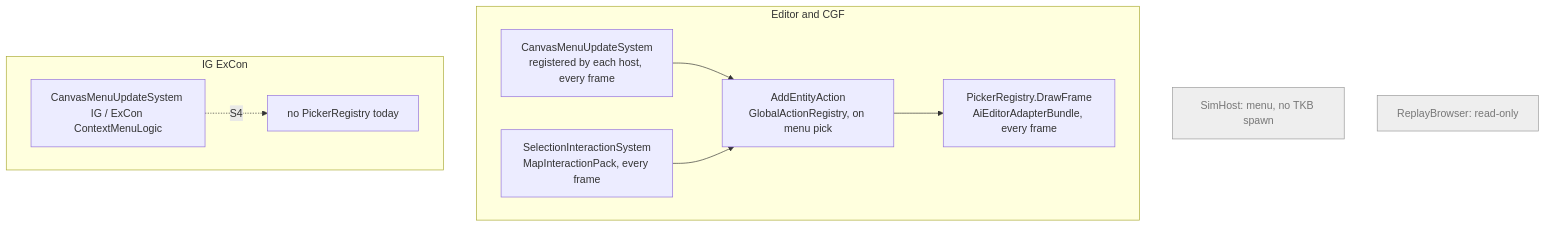
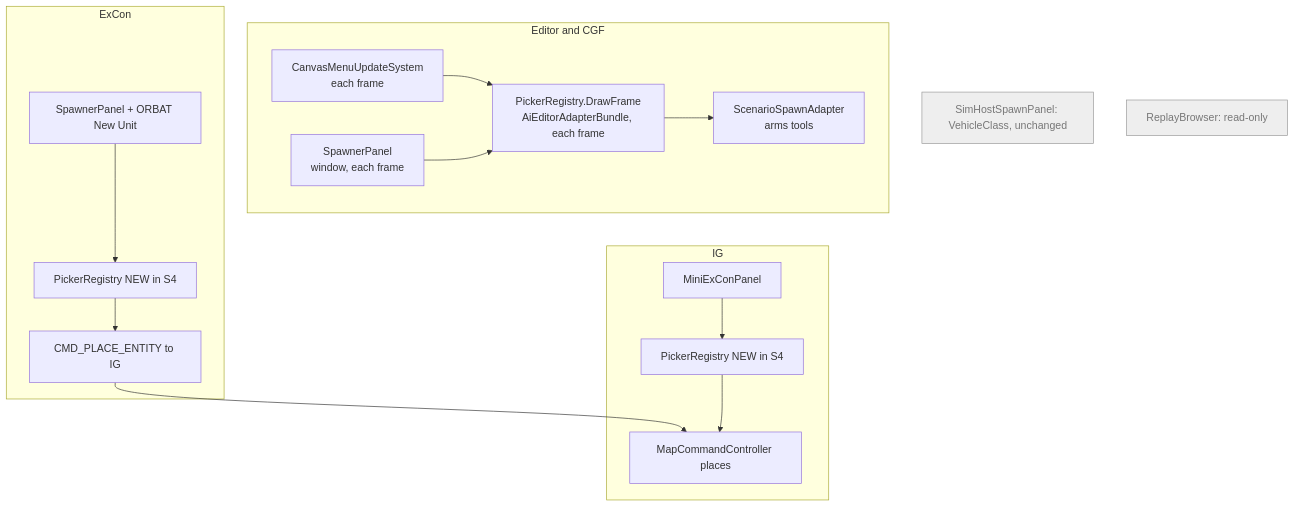
Before and after one commit to pjanec/HROT: the third of 3 diagrams in docs/DESIGN_Add_Entity_Picker.md, drawn with Mermaid. The commit also changed other lines of this file and 2 other files, not shown here.

First line of the commit message:
Design rev 2: Add Entity picker with the user's rulings (CE-1017)

````diff
--- a/docs/DESIGN_Add_Entity_Picker.md
+++ b/docs/DESIGN_Add_Entity_Picker.md
@@ -139,20 +171,27 @@
 ```mermaid
 graph TD
     subgraph Editor and CGF
-      CMU[CanvasMenuUpdateSystem<br/>registered by each host, every frame]
-      SIS[SelectionInteractionSystem<br/>MapInteractionPack, every frame]
-      REG[PickerRegistry.DrawFrame<br/>AiEditorAdapterBundle, every frame]
-      ACT[AddEntityAction<br/>GlobalActionRegistry, on menu pick]
+      CMU[CanvasMenuUpdateSystem<br/>each frame]
+      SP[SpawnerPanel<br/>window, each frame]
+      REG[PickerRegistry.DrawFrame<br/>AiEditorAdapterBundle, each frame]
+      SSA[ScenarioSpawnAdapter<br/>arms tools]
     end
-    subgraph IG ExCon
-      IGM[CanvasMenuUpdateSystem IG / ExCon ContextMenuLogic]
-      NOP[no PickerRegistry today]
+    subgraph ExCon
+      XSP[SpawnerPanel + ORBAT New Unit]
+      XREG[PickerRegistry NEW in S4]
+      XCMD[CMD_PLACE_ENTITY to IG]
     end
-    SH[SimHost: menu, no TKB spawn]:::dead
+    subgraph IG
+      MINI[MiniExConPanel]
+      IREG[PickerRegistry NEW in S4]
+      MCC[MapCommandController places]
+    end
+    SH[SimHostSpawnPanel: VehicleClass, unchanged]:::dead
     RB[ReplayBrowser: read-only]:::dead
-    CMU --> ACT
-    SIS --> ACT
-    ACT --> REG
-    IGM -.S4.-> NOP
+    CMU --> REG
+    SP --> REG
+    REG --> SSA
+    XSP --> XREG --> XCMD --> MCC
+    MINI --> IREG --> MCC
     classDef dead fill:#eee,stroke:#999,color:#777
 ```
````
